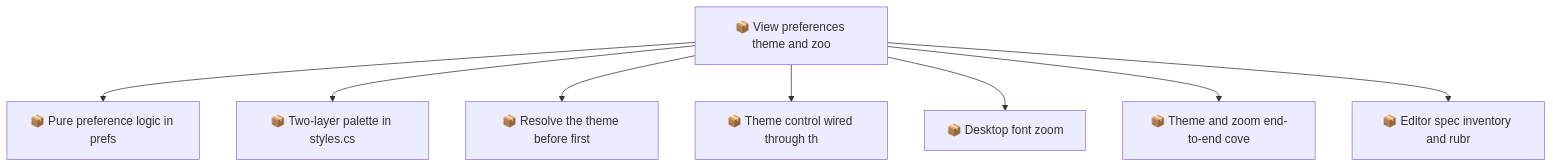
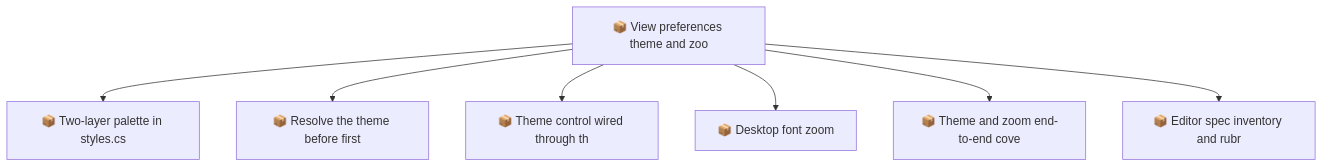
Before and after one commit to SpillwaveSolutions/okf-forge: the second of 2 diagrams in docs/roadmap.md, drawn with Mermaid. The commit also changed other lines of this file and 3 other files, not shown here.

First line of the commit message:
feat(prefs): pure theme and zoom preference logic (01KZ2M32GWWQ4PP29HVE0AMPX7)

````diff
--- a/docs/roadmap.md
+++ b/docs/roadmap.md
@@ -68,18 +65,16 @@
 ```mermaid
 graph TD
     01KZ2KCJKX6S20SBVHBEQDZA0K["📦 View preferences theme and zoo"]
-    01KZ2M32GWWQ4PP29HVE0AMPX7["📦 Pure preference logic in prefs"]
     01KZ2M32NY8ZWMW8GWRZ7G3WQD["📦 Two-layer palette in styles.cs"]
     01KZ2M32TVGPVF4PYTJ1BJENH7["📦 Resolve the theme before first"]
     01KZ2M32ZY8G5RVEB2F0EK9G1E["📦 Theme control wired through th"]
     01KZ2M334TJ1XNRKG7Y2ENHA5W["📦 Desktop font zoom"]
     01KZ2M339YT6TMAQHJSTEGPADA["📦 Theme and zoom end-to-end cove"]
     01KZ2M33EZ4KPYJ8G9SEQ4NFBG["📦 Editor spec inventory and rubr"]
-    01KZ2KCJKX6S20SBVHBEQDZA0K --> 01KZ2M32GWWQ4PP29HVE0AMPX7
     01KZ2KCJKX6S20SBVHBEQDZA0K --> 01KZ2M32NY8ZWMW8GWRZ7G3WQD
     01KZ2KCJKX6S20SBVHBEQDZA0K --> 01KZ2M32TVGPVF4PYTJ1BJENH7
     01KZ2KCJKX6S20SBVHBEQDZA0K --> 01KZ2M32ZY8G5RVEB2F0EK9G1E
     01KZ2KCJKX6S20SBVHBEQDZA0K --> 01KZ2M334TJ1XNRKG7Y2ENHA5W
     01KZ2KCJKX6S20SBVHBEQDZA0K --> 01KZ2M339YT6TMAQHJSTEGPADA
     01KZ2KCJKX6S20SBVHBEQDZA0K --> 01KZ2M33EZ4KPYJ8G9SEQ4NFBG
 ```
````
